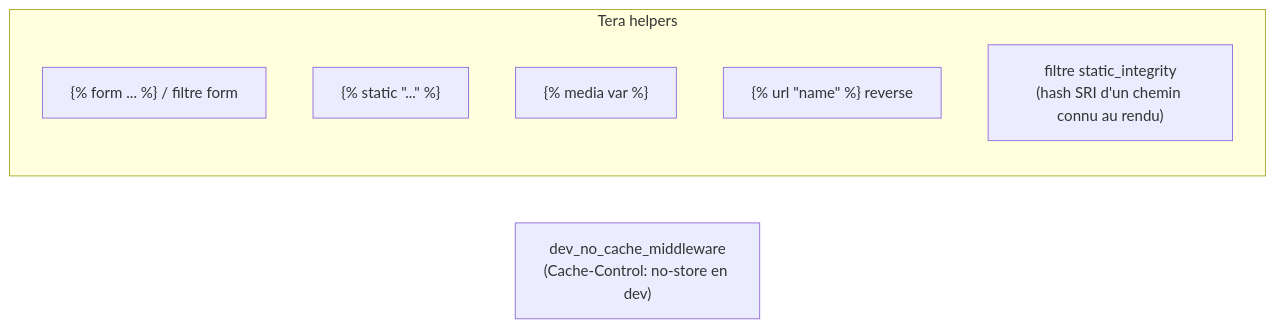
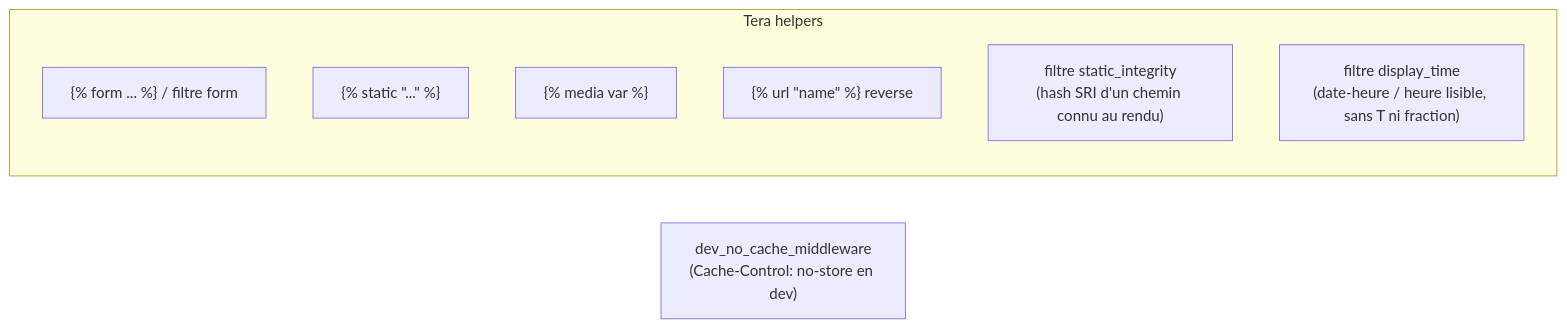
The third of 3 diagrams in diagramme/uml/context/extensions-et-middleware-config.md (seb-alliot/runique), drawn with Mermaid before and after one commit. The commit also changed other lines of this file and 57 other files, not shown here.

Commit message:
fix few bug && diagramme

````diff
--- a/diagramme/uml/context/extensions-et-middleware-config.md
+++ b/diagramme/uml/context/extensions-et-middleware-config.md
@@ -50,11 +50,12 @@
 ```mermaid
 flowchart LR
     subgraph Tera helpers
       F["{% form ... %} / filtre form"]
       S["{% static #quot;...#quot; %}"]
       M["{% media var %}"]
       U["{% url #quot;name#quot; %} reverse"]
       I["filtre static_integrity<br/>(hash SRI d'un chemin connu au rendu)"]
+      DT["filtre display_time<br/>(date-heure / heure lisible, sans T ni fraction)"]
     end
     DEV["dev_no_cache_middleware<br/>(Cache-Control: no-store en dev)"]
 ```
````
